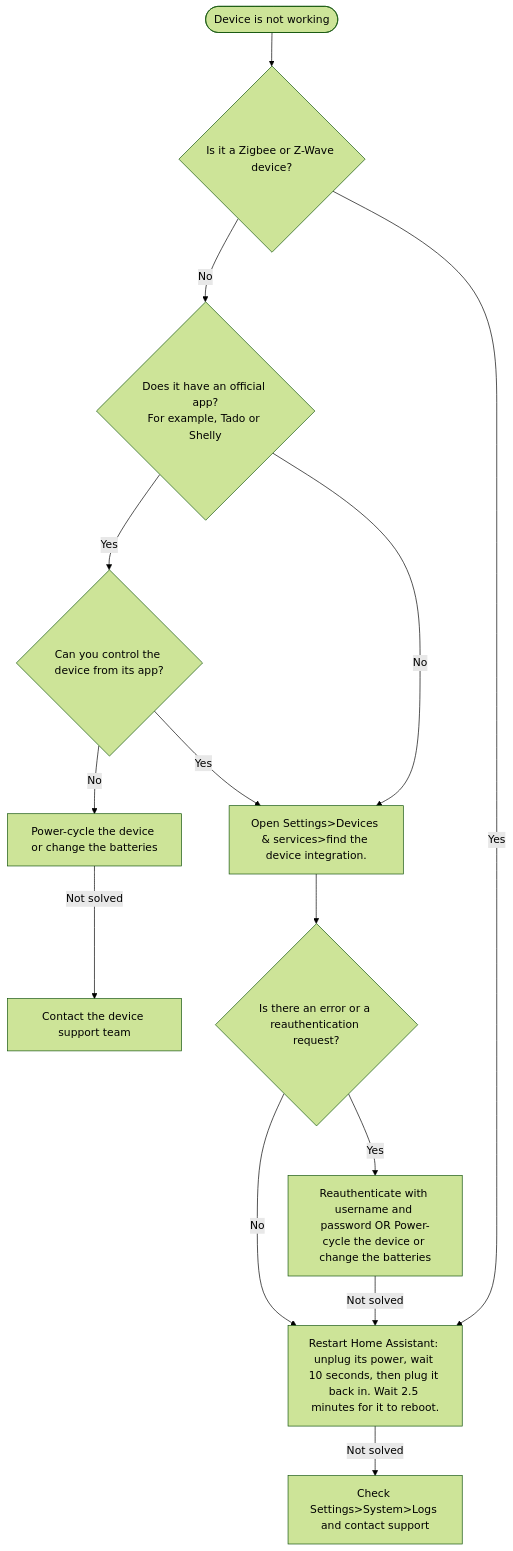
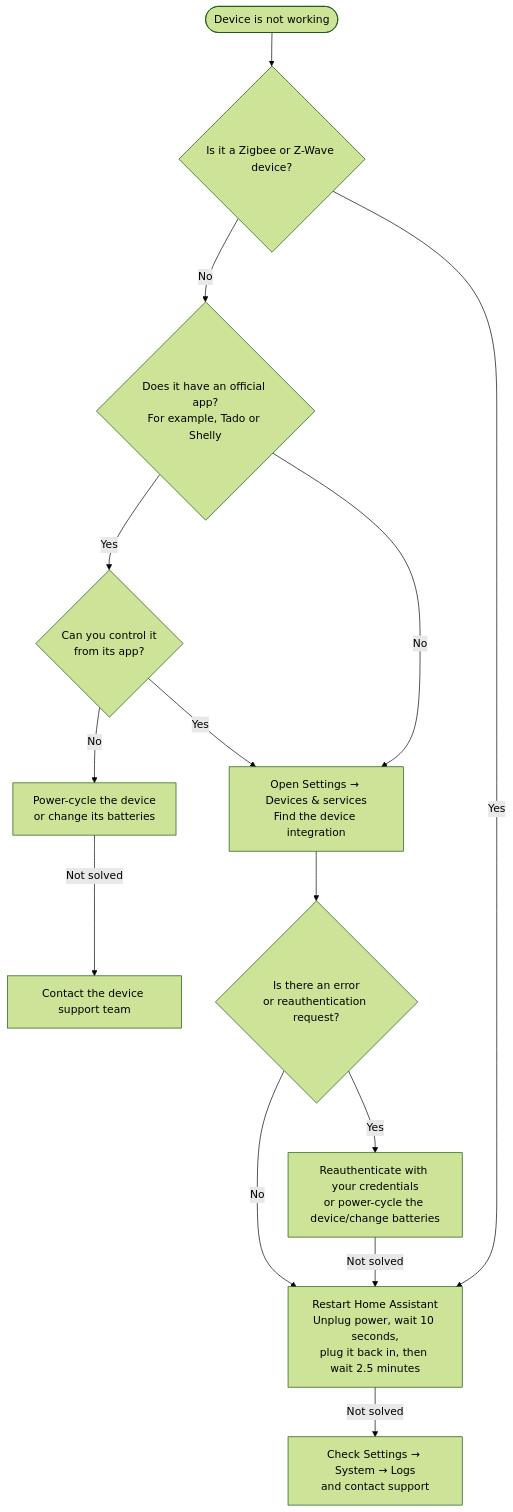
One commit to offdelay/docs changed the diagram in docs/get-started/faq.md. Above: the diagram before and after it, drawn with Mermaid (forest theme). The commit also changed 8 other files, not shown here.

````diff
--- a/docs/get-started/faq.md
+++ b/docs/get-started/faq.md
@@ -5,16 +5,16 @@
     ```mermaid
     flowchart TD
         A([Device is not working]) --> B{Is it a Zigbee or Z-Wave device?}
-        B -- Yes --> H[Restart Home Assistant: unplug its power, wait 10 seconds, then plug it back in. Wait 2.5 minutes for it to reboot.]
+        B -- Yes --> H[Restart Home Assistant<br/>Unplug power, wait 10 seconds,<br/>plug it back in, then wait 2.5 minutes]
         B -- No --> C{Does it have an official app?<br/>For example, Tado or Shelly}
-        C -- No --> I[Open Settings>Devices & services>find the device integration.]
-        C -- Yes --> D{Can you control the device from its app?}
-        D -- No --> E[Power-cycle the device or change the batteries]
+        C -- No --> I[Open Settings → Devices & services<br/>Find the device integration]
+        C -- Yes --> D{Can you control it<br/>from its app?}
+        D -- No --> E[Power-cycle the device<br/>or change its batteries]
         E -- Not solved --> J[Contact the device support team]
         D -- Yes --> I
-        I --> K{Is there an error or a reauthentication request?}
-        K -- Yes --> L[Reauthenticate with username and password OR Power-cycle the device or change the batteries]
+        I --> K{Is there an error<br/>or reauthentication request?}
+        K -- Yes --> L[Reauthenticate with your credentials<br/>or power-cycle the device/change batteries]
         L -- Not solved --> H
         K -- No --> H
-        H -- Not solved --> M[Check Settings>System>Logs and contact support]
+        H -- Not solved --> M[Check Settings → System → Logs<br/>and contact support]
     ```
````
